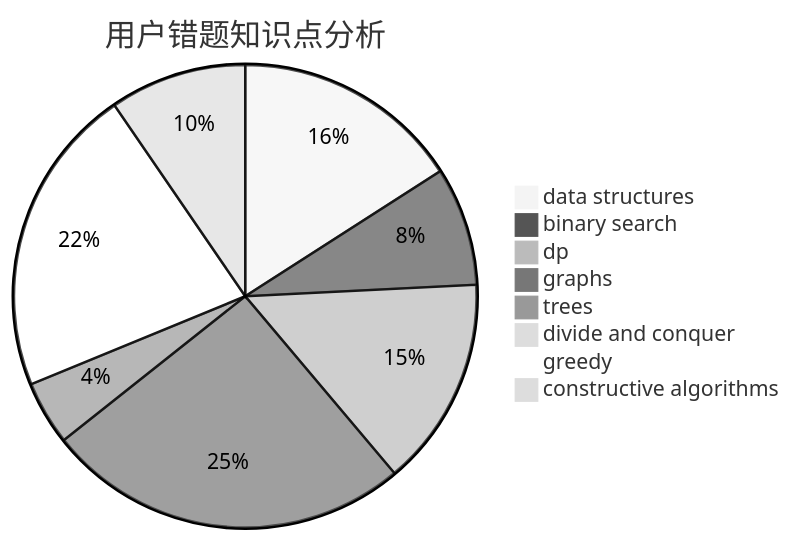
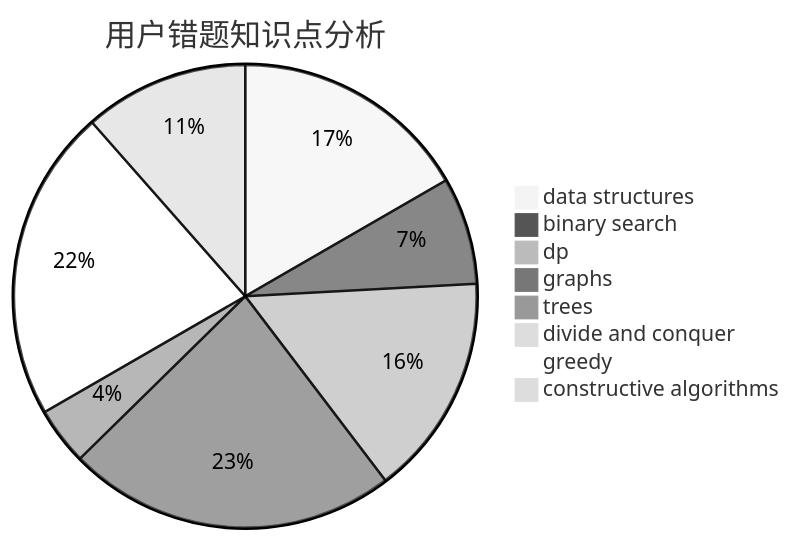
The third of 3 diagrams in docs/user/u164.md (sherpahu/cfrs.github.io), drawn with Mermaid (neutral theme) before and after one commit. The commit also changed other lines of this file and 2770 other files, not shown here.

````diff
--- a/docs/user/u164.md
+++ b/docs/user/u164.md
@@ -36,11 +36,11 @@
 ```mermaid
 pie title 用户错题知识点分析
-    "data structures" :  25
+    "data structures" :  29
     "binary search" :  13
-    "dp" :  23
+    "dp" :  27
     "graphs" :  40
     "trees" :  7
     "divide and conquer" :  0
-    "greedy" :  34
-    "constructive algorithms" :  15
+    "greedy" :  38
+    "constructive algorithms" :  20
 ```
````
